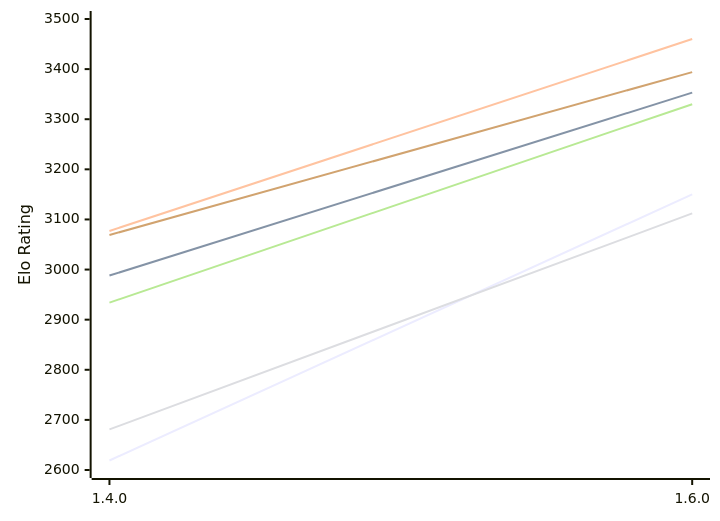
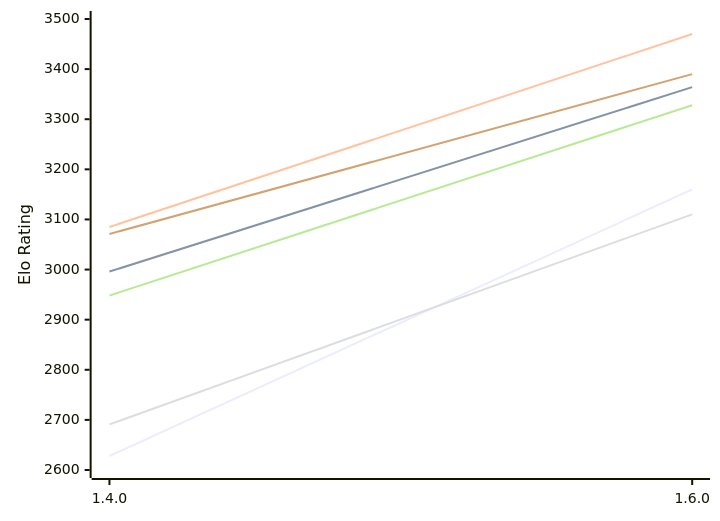
One commit to computer-chess-index/cci changed the first of 2 diagrams in engines/Gyatso.md. Above: the diagram before and after it, drawn with Mermaid. The commit also changed other lines of this file, not shown here.

Commit message:
Update CCI Ratings (ELO VLTC) - 2026-11-16

````diff
--- a/engines/Gyatso.md
+++ b/engines/Gyatso.md
@@ -53,12 +53,12 @@
 ```mermaid
 %%{init: {"theme":"base","themeVariables":{"seriesColors:['#a3a3a3','#222221','#faa371']}}}%%
 xychart-beta
   x-axis ["1.4.0", "1.6.0"]
   y-axis "Elo Rating" 2600 --> 3500
-  line "E1: STC (8.0+0.08s)" [2619, 3150]
-  line "E1: LTC (60.0+0.60s)" [2988, 3353]
-  line "E1: VLTC (2m24s+1.12s)" [3077, 3460]
-  line "P1: STC (8.0+0.08s)" [2681, 3112]
-  line "P1: LTC (60.0+0.60s)" [2934, 3330]
-  line "P1: VLTC (2m24s+1.12s)" [3069, 3394]
+  line "E1: STC (8.0+0.08s)" [2628, 3160]
+  line "E1: LTC (60.0+0.60s)" [2996, 3364]
+  line "E1: VLTC (2m24s+1.12s)" [3085, 3470]
+  line "P1: STC (8.0+0.08s)" [2691, 3110]
+  line "P1: LTC (60.0+0.60s)" [2948, 3328]
+  line "P1: VLTC (2m24s+1.12s)" [3071, 3390]
 ```
````
